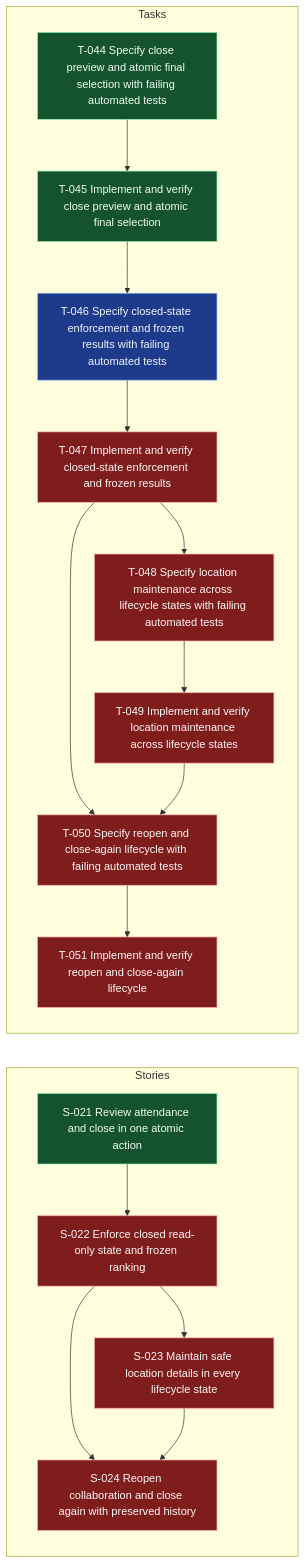
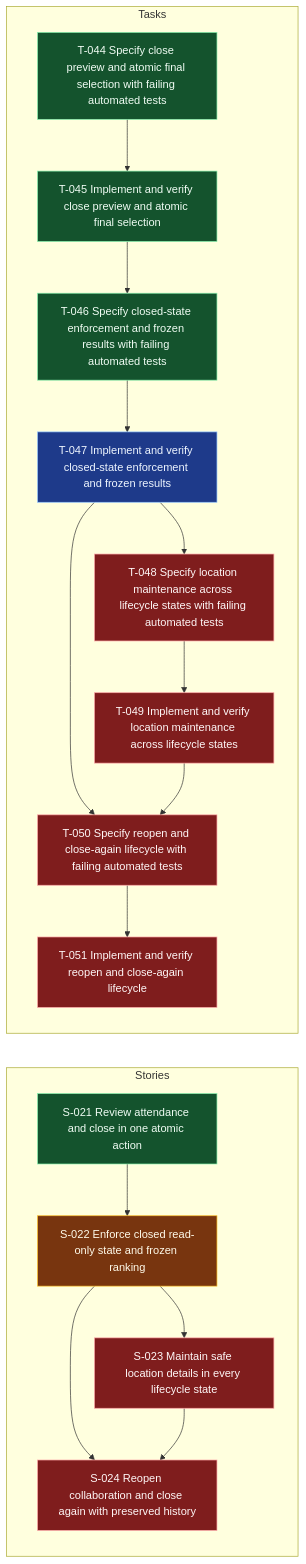
One commit to andybalham/invite-agent changed the diagram in .worktracker/graphs/E-007.mmd. Above: the diagram before and after it, drawn with Mermaid. The commit also changed 10 other files, not shown here.

Commit message:
feat: implement closed-state enforcement and frozen results with comprehensive tests

```diff
--- a/.worktracker/graphs/E-007.mmd
+++ b/.worktracker/graphs/E-007.mmd
@@ -1,46 +1,46 @@
 graph LR
   classDef done fill:#14532d,stroke:#86efac,color:#f0fdf4;
   classDef blocked fill:#7f1d1d,stroke:#fca5a5,color:#fff7f7;
   classDef inprogress fill:#78350f,stroke:#fbbf24,color:#fffbeb;
   classDef todo fill:#1e3a8a,stroke:#93c5fd,color:#eff6ff;
   classDef empty fill:#374151,stroke:#d1d5db,color:#f9fafb,stroke-dasharray: 3 3;
   subgraph Stories
     S021["S-021 Review attendance and close in one atomic action"]:::done
-    S022["S-022 Enforce closed read-only state and frozen ranking"]:::blocked
+    S022["S-022 Enforce closed read-only state and frozen ranking"]:::inprogress
     S023["S-023 Maintain safe location details in every lifecycle state"]:::blocked
     S024["S-024 Reopen collaboration and close again with preserved history"]:::blocked
     S021 --> S022
     S022 --> S023
     S022 --> S024
     S023 --> S024
   end
   subgraph Tasks
     T044["T-044 Specify close preview and atomic final selection with failing automated tests"]:::done
     T045["T-045 Implement and verify close preview and atomic final selection"]:::done
-    T046["T-046 Specify closed-state enforcement and frozen results with failing automated tests"]:::todo
-    T047["T-047 Implement and verify closed-state enforcement and frozen results"]:::blocked
+    T046["T-046 Specify closed-state enforcement and frozen results with failing automated tests"]:::done
+    T047["T-047 Implement and verify closed-state enforcement and frozen results"]:::todo
     T048["T-048 Specify location maintenance across lifecycle states with failing automated tests"]:::blocked
     T049["T-049 Implement and verify location maintenance across lifecycle states"]:::blocked
     T050["T-050 Specify reopen and close-again lifecycle with failing automated tests"]:::blocked
     T051["T-051 Implement and verify reopen and close-again lifecycle"]:::blocked
     T044 --> T045
     T045 --> T046
     T046 --> T047
     T047 --> T048
     T047 --> T050
     T048 --> T049
     T049 --> T050
     T050 --> T051
   end
   click S021 "../entities/S-021-review-attendance-and-close-in-one-atomic-action.md"
   click S022 "../entities/S-022-enforce-closed-read-only-state-and-frozen-ranking.md"
   click S023 "../entities/S-023-maintain-safe-location-details-in-every-lifecycle-state.md"
   click S024 "../entities/S-024-reopen-collaboration-and-close-again-with-preserved-history.md"
   click T044 "../entities/T-044-specify-close-preview-and-atomic-final-selection-with-failing-automated-tests.md"
   click T045 "../entities/T-045-implement-and-verify-close-preview-and-atomic-final-selection.md"
   click T046 "../entities/T-046-specify-closed-state-enforcement-and-frozen-results-with-failing-automated-tests.md"
   click T047 "../entities/T-047-implement-and-verify-closed-state-enforcement-and-frozen-results.md"
   click T048 "../entities/T-048-specify-location-maintenance-across-lifecycle-states-with-failing-automated-tests.md"
   click T049 "../entities/T-049-implement-and-verify-location-maintenance-across-lifecycle-states.md"
   click T050 "../entities/T-050-specify-reopen-and-close-again-lifecycle-with-failing-automated-tests.md"
   click T051 "../entities/T-051-implement-and-verify-reopen-and-close-again-lifecycle.md"
```
